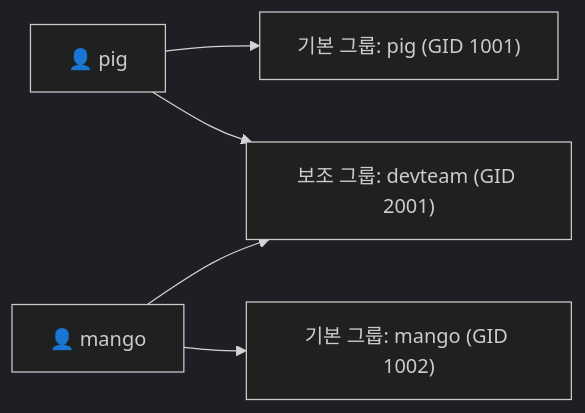
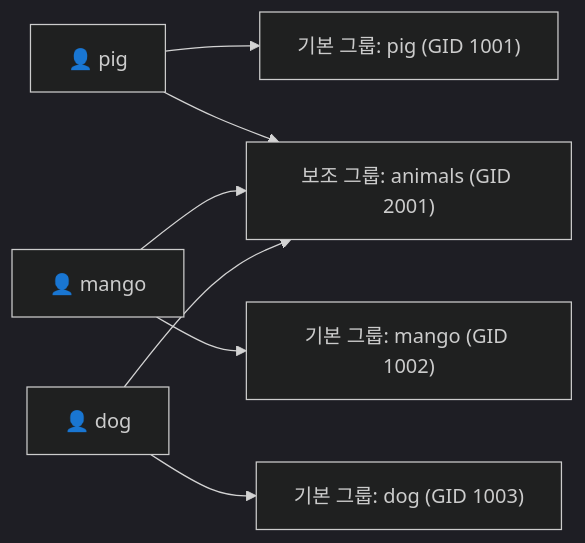
One commit to sbaek100/sbaek100.github.io changed the third of 4 diagrams in _posts/2026-03-06-Linux-3-1.md. Above: the diagram before and after it, drawn with Mermaid (dark theme). The commit also changed other lines of this file and 3 other files, not shown here.

````diff
--- a/_posts/2026-03-06-Linux-3-1.md
+++ b/_posts/2026-03-06-Linux-3-1.md
@@ -140,7 +162,9 @@
 ```mermaid
 flowchart LR
     pig["👤 pig"] --> PG["기본 그룹: pig (GID 1001)"]
-    pig --> SG1["보조 그룹: devteam (GID 2001)"]
+    pig --> SG1["보조 그룹: animals (GID 2001)"]
     mango["👤 mango"] --> PG2["기본 그룹: mango (GID 1002)"]
     mango --> SG1
+    dog["👤 dog"] --> PG3["기본 그룹: dog (GID 1003)"]
+    dog --> SG1
 ```
````
